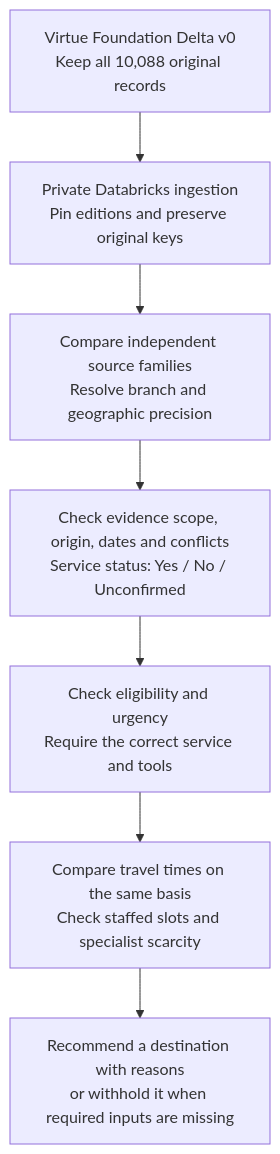
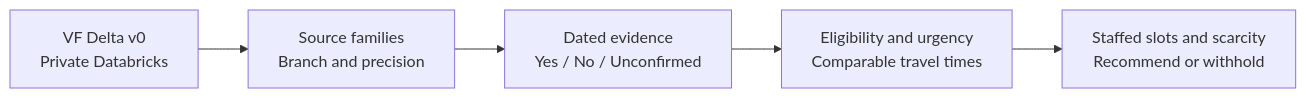
The diagram in README.md (vzhu08/databricks-datathon), drawn with Mermaid before and after one commit. The commit also changed other lines of this file, not shown here.

Commit message:
Compact the pipeline diagram for GitHub preview

````diff
--- a/README.md
+++ b/README.md
@@ -28,9 +28,7 @@
 ```mermaid
-flowchart TD
-    A["Virtue Foundation Delta v0<br/>Keep all 10,088 original records"] --> B["Private Databricks ingestion<br/>Pin editions and preserve original keys"]
-    B --> C["Compare independent source families<br/>Resolve branch and geographic precision"]
-    C --> D["Check evidence scope, origin, dates and conflicts<br/>Service status: Yes / No / Unconfirmed"]
-    D --> E["Check eligibility and urgency<br/>Require the correct service and tools"]
-    E --> F["Compare travel times on the same basis<br/>Check staffed slots and specialist scarcity"]
-    F --> G["Recommend a destination with reasons<br/>or withhold it when required inputs are missing"]
+flowchart LR
+    A["VF Delta v0<br/>Private Databricks"] --> B["Source families<br/>Branch and precision"]
+    B --> C["Dated evidence<br/>Yes / No / Unconfirmed"]
+    C --> D["Eligibility and urgency<br/>Comparable travel times"]
+    D --> E["Staffed slots and scarcity<br/>Recommend or withhold"]
 ```
````
